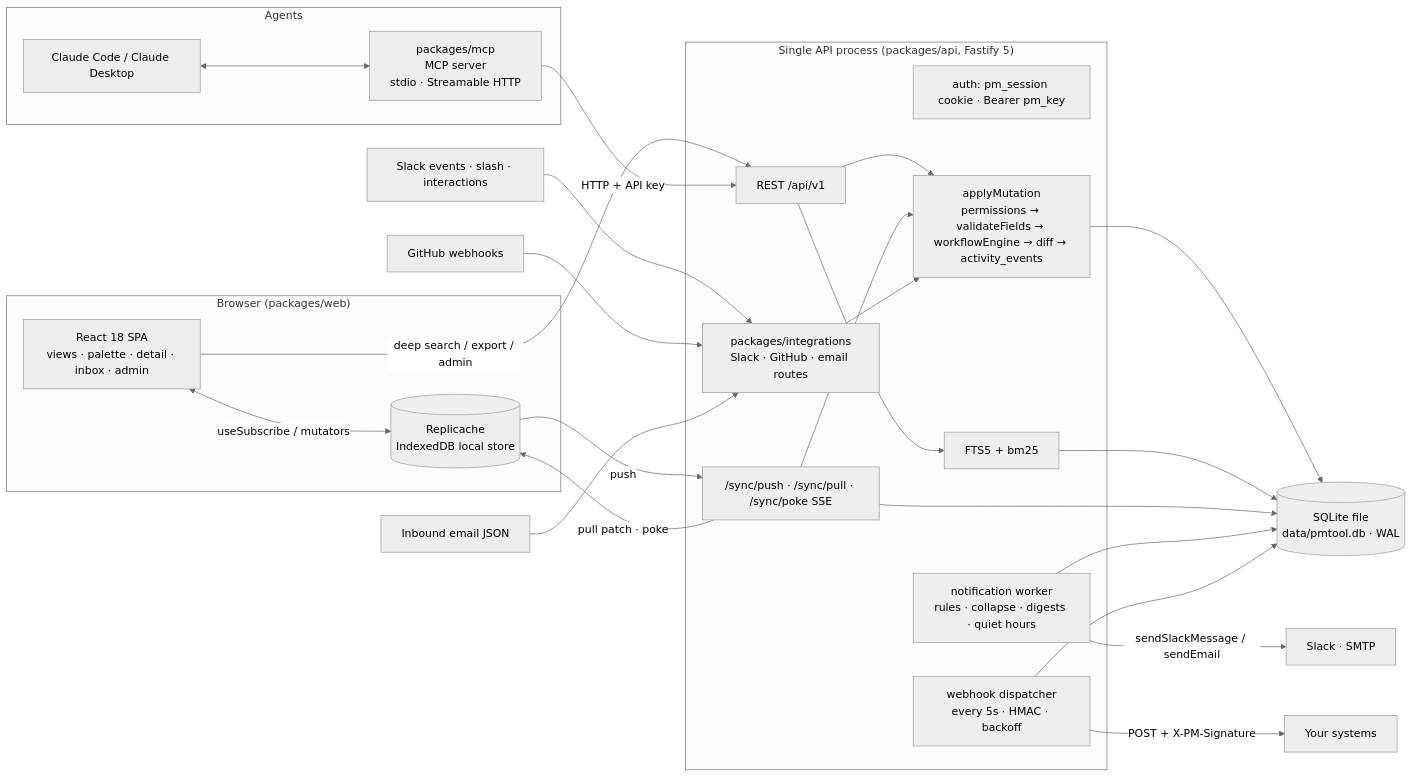
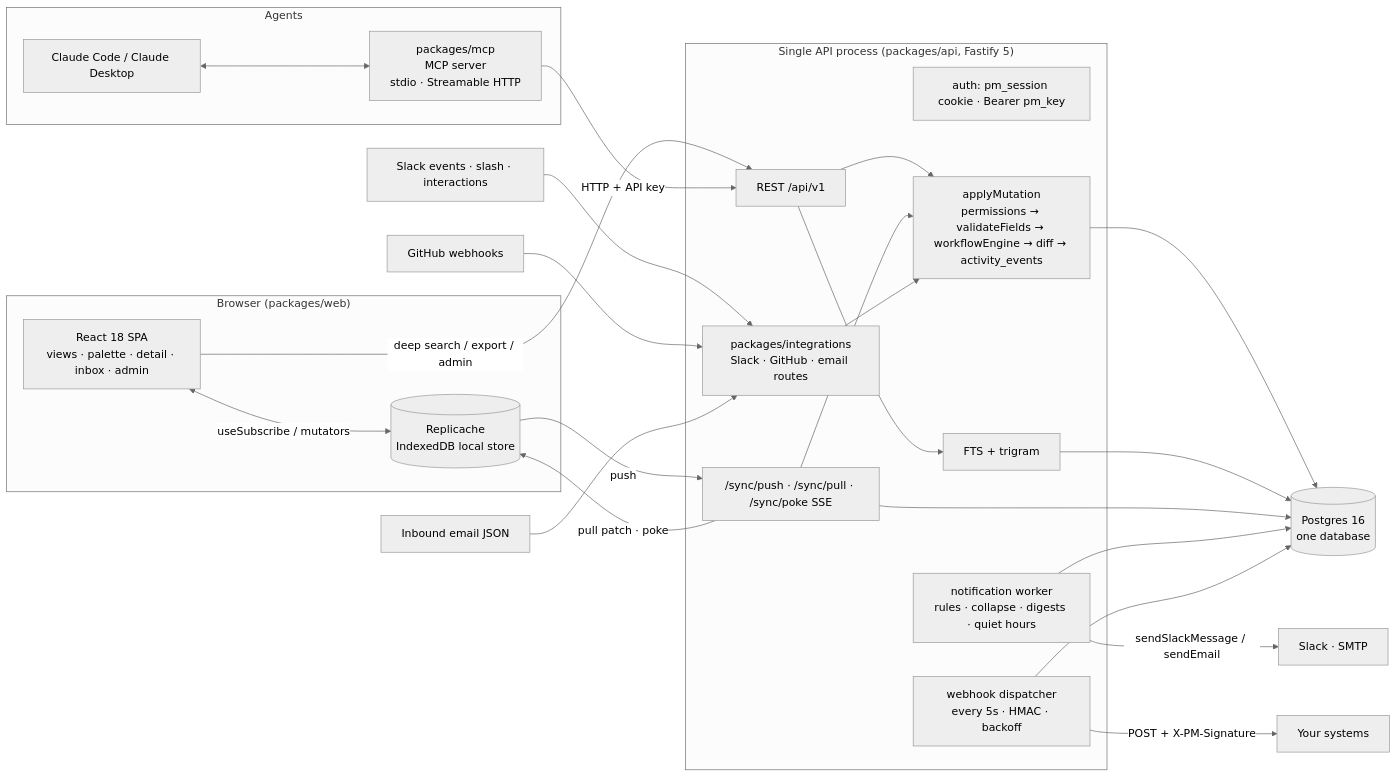
Before and after one commit to jamjorf/pm-tool: the first of 3 diagrams in docs/02-design.md, drawn with Mermaid (neutral theme). The commit also changed other lines of this file and 107 other files, not shown here.

First line of the commit message:
Revert the SQLite port: restore the Postgres data model and Podman setup

````diff
--- a/docs/02-design.md
+++ b/docs/02-design.md
@@ -11,45 +11,45 @@
 ```mermaid
 flowchart LR
     subgraph Browser["Browser (packages/web)"]
         UI[React 18 SPA<br/>views · palette · detail · inbox · admin]
         RC[(Replicache<br/>IndexedDB local store)]
         UI <-->|useSubscribe / mutators| RC
     end
 
     subgraph Agents
         CC[Claude Code / Claude Desktop]
         MCP[packages/mcp<br/>MCP server<br/>stdio · Streamable HTTP]
         CC <--> MCP
     end
 
     subgraph Server["Single API process (packages/api, Fastify 5)"]
         AUTH["auth: pm_session cookie · Bearer pm_key"]
         REST["REST /api/v1"]
         SYNC["/sync/push · /sync/pull · /sync/poke SSE"]
         MUT[applyMutation<br/>permissions → validateFields → workflowEngine → diff → activity_events]
         NOTIF[notification worker<br/>rules · collapse · digests · quiet hours]
         WH[webhook dispatcher<br/>every 5s · HMAC · backoff]
         INT[packages/integrations<br/>Slack · GitHub · email routes]
-        SEARCH[FTS5 + bm25]
+        SEARCH[FTS + trigram]
     end
 
-    DB[(SQLite file<br/>data/pmtool.db · WAL)]
+    PG[(Postgres 16<br/>one database)]
 
     RC -->|push| SYNC
     SYNC -->|pull patch · poke| RC
     UI -->|deep search / export / admin| REST
     MCP -->|HTTP + API key| REST
     REST --> MUT
     SYNC --> MUT
     INT --> MUT
-    MUT --> DB
-    REST --> SEARCH --> DB
-    SYNC --> DB
-    NOTIF --> DB
-    WH --> DB
+    MUT --> PG
+    REST --> SEARCH --> PG
+    SYNC --> PG
+    NOTIF --> PG
+    WH --> PG
     WH -->|POST + X-PM-Signature| EXT[Your systems]
     NOTIF -->|sendSlackMessage / sendEmail| SL[Slack · SMTP]
     SLK[Slack events · slash · interactions] --> INT
     GH[GitHub webhooks] --> INT
     EM[Inbound email JSON] --> INT
 ```
````
